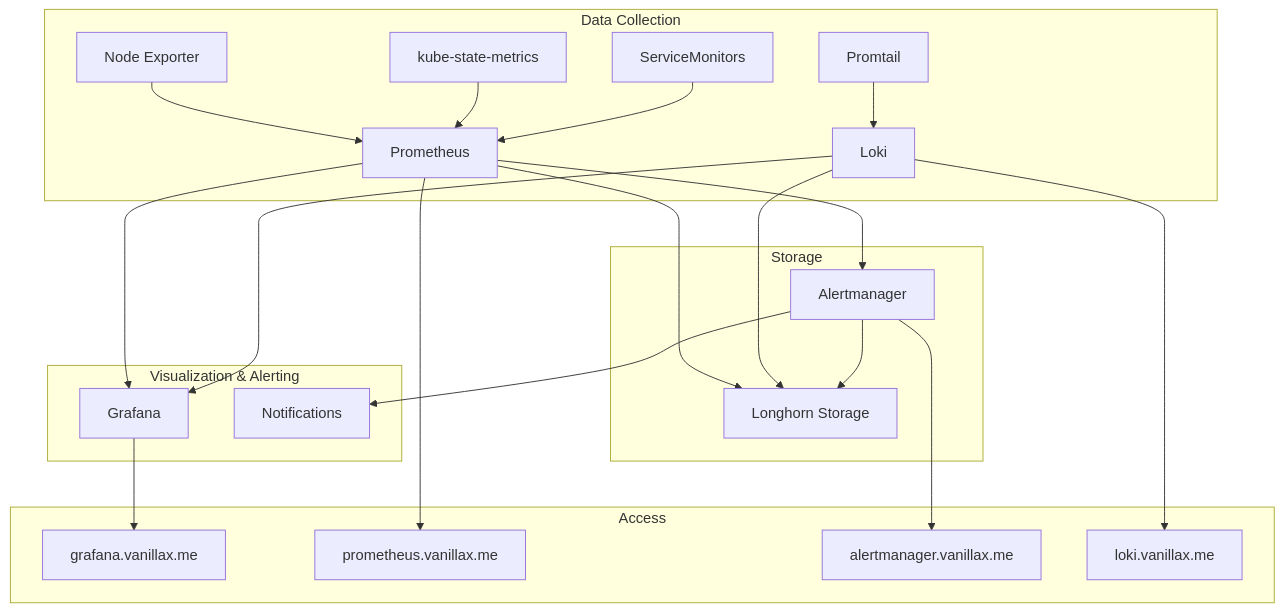
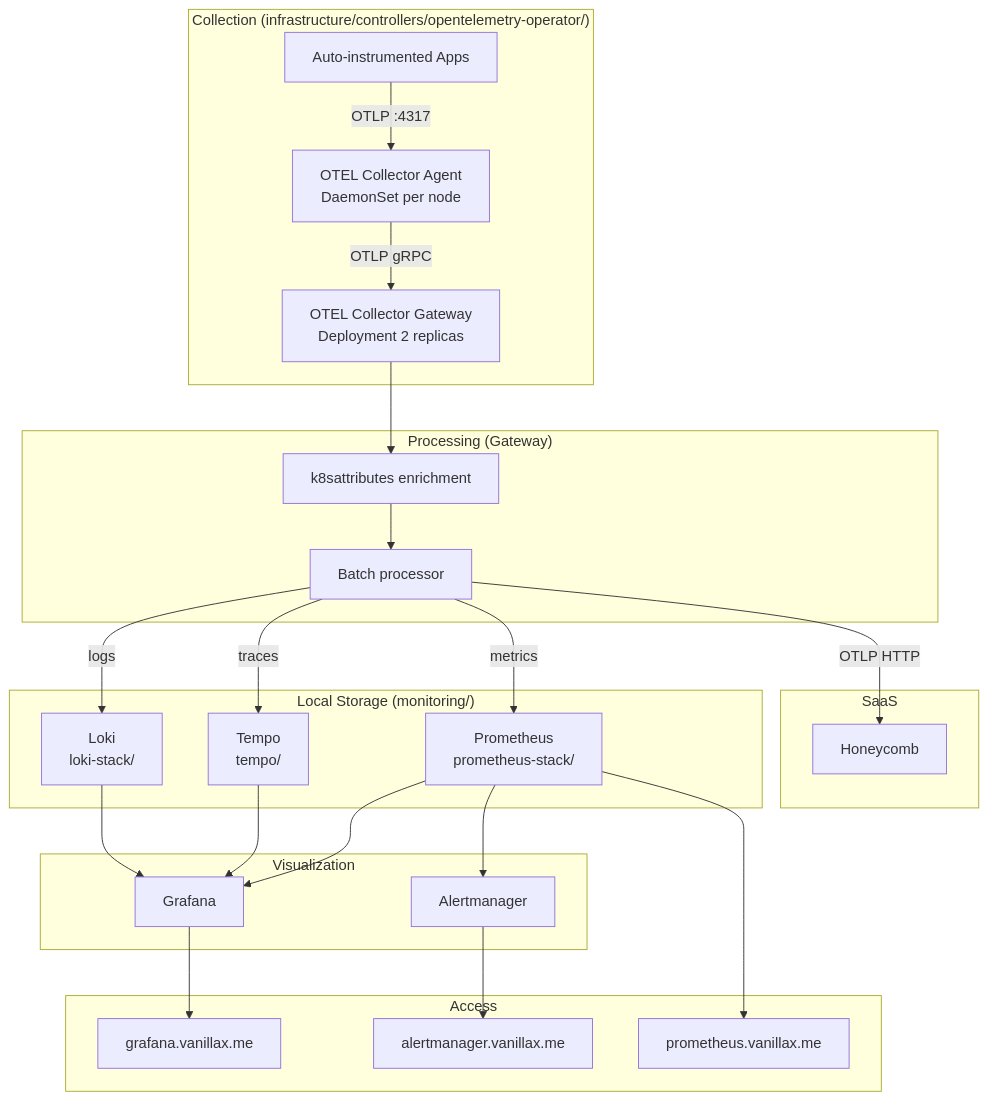
The diagram in monitoring/README.md (mitchross/talos-argocd-proxmox), drawn with Mermaid before and after one commit. The commit also changed other lines of this file and 14 other files, not shown here.

Commit message:
try otel and honeycomb and alloy?

````diff
--- a/monitoring/README.md
+++ b/monitoring/README.md
@@ -7,29 +7,35 @@
 ```mermaid
 graph TB
-    subgraph "Data Collection"
-        A[Promtail] --> B[Loki]
-        C[Node Exporter] --> D[Prometheus]
-        E[kube-state-metrics] --> D
-        F[ServiceMonitors] --> D
+    subgraph "Collection (infrastructure/controllers/opentelemetry-operator/)"
+        A[OTEL Collector Agent<br/>DaemonSet per node] -->|OTLP gRPC| B[OTEL Collector Gateway<br/>Deployment 2 replicas]
+        C[Auto-instrumented Apps] -->|OTLP :4317| A
     end
-    
-    subgraph "Storage"
-        D --> G[Longhorn Storage]
-        B --> G
-        H[Alertmanager] --> G
+
+    subgraph "Processing (Gateway)"
+        B --> D[k8sattributes enrichment]
+        D --> E[Batch processor]
     end
-    
-    subgraph "Visualization & Alerting"
-        D --> I[Grafana]
-        B --> I
-        D --> H
-        H --> J[Notifications]
+
+    subgraph "Local Storage (monitoring/)"
+        E -->|logs| F[Loki<br/>loki-stack/]
+        E -->|traces| G[Tempo<br/>tempo/]
+        E -->|metrics| H[Prometheus<br/>prometheus-stack/]
     end
-    
+
+    subgraph "SaaS"
+        E -->|OTLP HTTP| I[Honeycomb]
+    end
+
+    subgraph "Visualization"
+        F --> J[Grafana]
+        G --> J
+        H --> J
+        H --> K[Alertmanager]
+    end
+
     subgraph "Access"
-        I --> K[grafana.vanillax.me]
-        D --> L[prometheus.vanillax.me]
-        H --> M[alertmanager.vanillax.me]
-        B --> N[loki.vanillax.me]
+        J --> L[grafana.vanillax.me]
+        H --> M[prometheus.vanillax.me]
+        K --> N[alertmanager.vanillax.me]
     end
 ```
````
